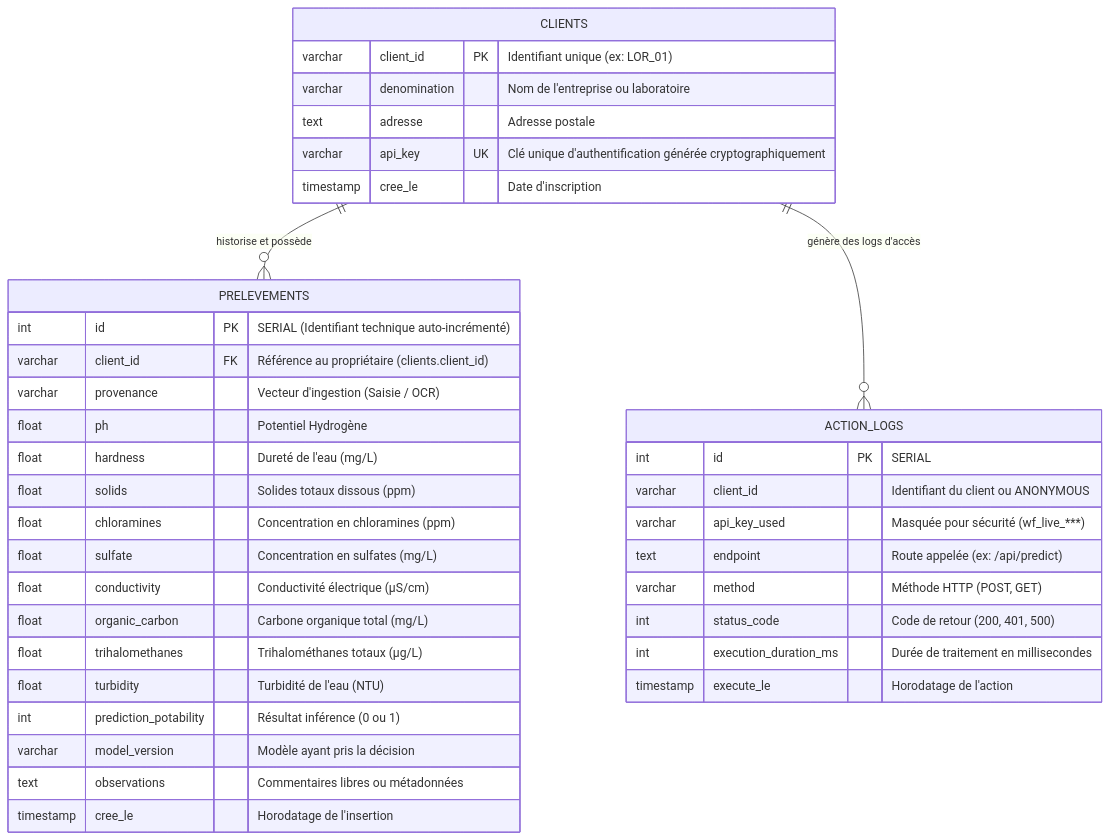
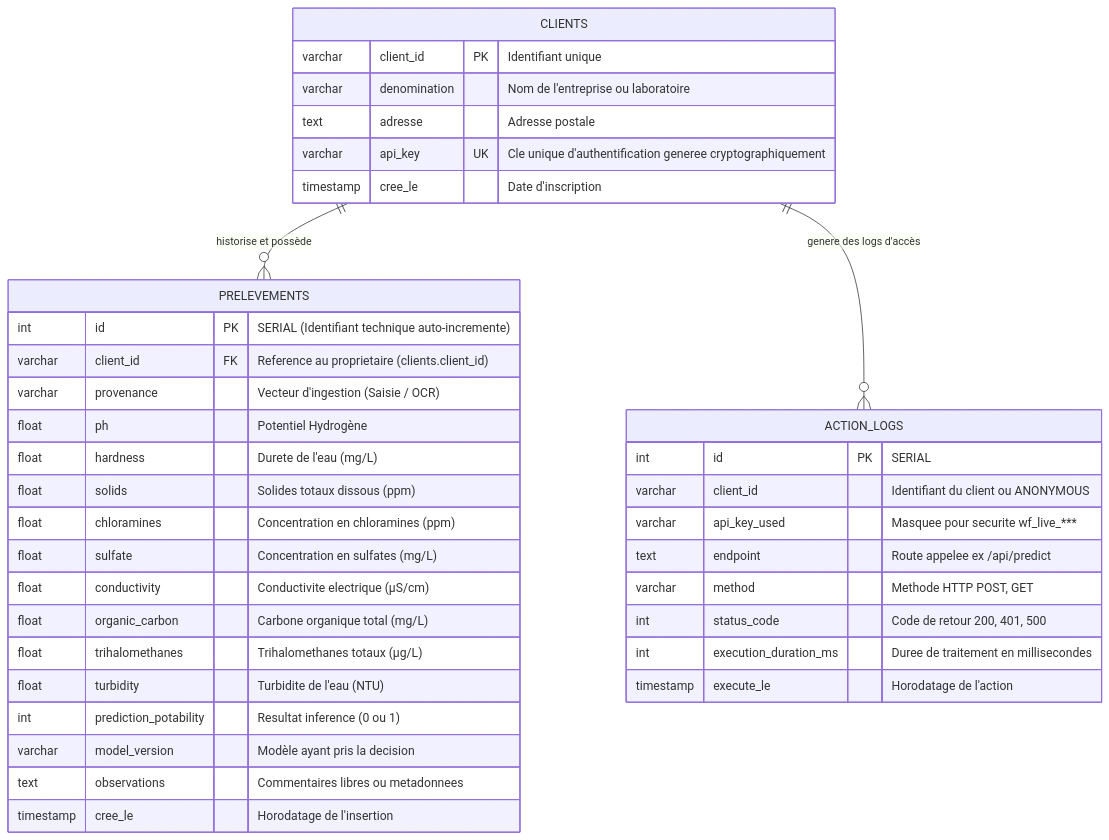
The diagram in docs/data_model.md (bruno-coulet/drink_safe), drawn with Mermaid before and after one commit. The commit also changed 2 other files, not shown here.

Commit message:
update graphs mermaid

````diff
--- a/docs/data_model.md
+++ b/docs/data_model.md
@@ -13,44 +13,43 @@
 ```mermaid
 erDiagram
     CLIENTS {
-        varchar client_id PK "Identifiant unique (ex: LOR_01)"
+        varchar client_id PK "Identifiant unique"
         varchar denomination "Nom de l'entreprise ou laboratoire"
         text adresse "Adresse postale"
-        varchar api_key UK "Clé unique d'authentification générée cryptographiquement"
+        varchar api_key UK "Cle unique d'authentification generee cryptographiquement"
         timestamp cree_le "Date d'inscription"
     }
-    
+
     PRELEVEMENTS {
-        int id PK "SERIAL (Identifiant technique auto-incrémenté)"
-        varchar client_id FK "Référence au propriétaire (clients.client_id)"
+        int id PK "SERIAL (Identifiant technique auto-incremente)"
+        varchar client_id FK "Reference au proprietaire (clients.client_id)"
         varchar provenance "Vecteur d'ingestion (Saisie / OCR)"
         float ph "Potentiel Hydrogène"
-        float hardness "Dureté de l'eau (mg/L)"
+        float hardness "Durete de l'eau (mg/L)"
         float solids "Solides totaux dissous (ppm)"
         float chloramines "Concentration en chloramines (ppm)"
         float sulfate "Concentration en sulfates (mg/L)"
-        float conductivity "Conductivité électrique (µS/cm)"
+        float conductivity "Conductivite electrique (µS/cm)"
         float organic_carbon "Carbone organique total (mg/L)"
-        float trihalomethanes "Trihalométhanes totaux (µg/L)"
-        float turbidity "Turbidité de l'eau (NTU)"
-        int prediction_potability "Résultat inférence (0 ou 1)"
-        varchar model_version "Modèle ayant pris la décision"
-        text observations "Commentaires libres ou métadonnées"
+        float trihalomethanes "Trihalomethanes totaux (µg/L)"
+        float turbidity "Turbidite de l'eau (NTU)"
+        int prediction_potability "Resultat inference (0 ou 1)"
+        varchar model_version "Modèle ayant pris la decision"
+        text observations "Commentaires libres ou metadonnees"
         timestamp cree_le "Horodatage de l'insertion"
     }
 
     ACTION_LOGS {
         int id PK "SERIAL"
         varchar client_id "Identifiant du client ou ANONYMOUS"
-        varchar api_key_used "Masquée pour sécurité (wf_live_***)"
-        text endpoint "Route appelée (ex: /api/predict)"
-        varchar method "Méthode HTTP (POST, GET)"
-        int status_code "Code de retour (200, 401, 500)"
-        int execution_duration_ms "Durée de traitement en millisecondes"
+        varchar api_key_used "Masquee pour securite wf_live_***"
+        text endpoint "Route appelee ex /api/predict"
+        varchar method "Methode HTTP POST, GET"
+        int status_code "Code de retour 200, 401, 500"
+        int execution_duration_ms "Duree de traitement en millisecondes"
         timestamp execute_le "Horodatage de l'action"
     }
 
     CLIENTS ||--o{ PRELEVEMENTS : "historise et possède"
-    CLIENTS ||--o{ ACTION_LOGS : "génère des logs d'accès"
-
+    CLIENTS ||--o{ ACTION_LOGS : "genere des logs d'accès"
 ```
````
